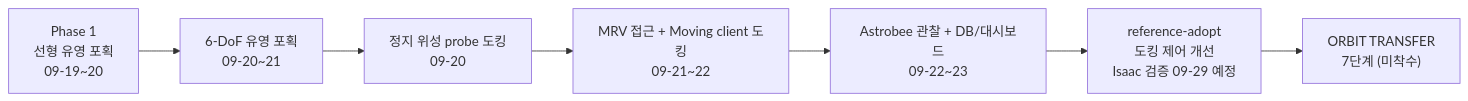
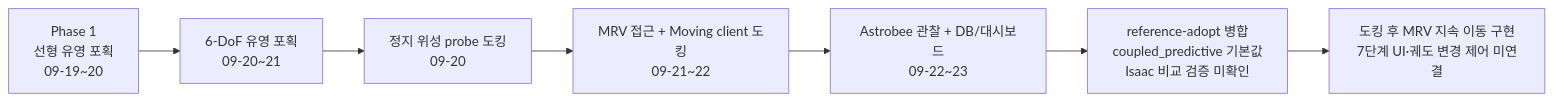
The diagram in docs/01_business_requirements.md (mi1nn/satellite-mission-extension-system), drawn with Mermaid before and after one commit. The commit also changed other lines of this file and 28 other files, not shown here.

````diff
--- a/docs/01_business_requirements.md
+++ b/docs/01_business_requirements.md
@@ -227,9 +233,9 @@
 ```mermaid
 flowchart LR
   P1["Phase 1<br/>선형 유영 포획<br/>09-19~20"] --> P2["6-DoF 유영 포획<br/>09-20~21"]
   P2 --> P3["정지 위성 probe 도킹<br/>09-20"]
   P3 --> P4["MRV 접근 + Moving client 도킹<br/>09-21~22"]
   P4 --> P5["Astrobee 관찰 + DB/대시보드<br/>09-22~23"]
-  P5 --> P6["reference-adopt<br/>도킹 제어 개선<br/>Isaac 검증 09-29 예정"]
-  P6 --> P7["ORBIT TRANSFER<br/>7단계 (미착수)"]
+  P5 --> P6["reference-adopt 병합<br/>coupled_predictive 기본값<br/>Isaac 비교 검증 미확인"]
+  P6 --> P7["도킹 후 MRV 지속 이동 구현<br/>7단계 UI·궤도 변경 제어 미연결"]
 ```
````
